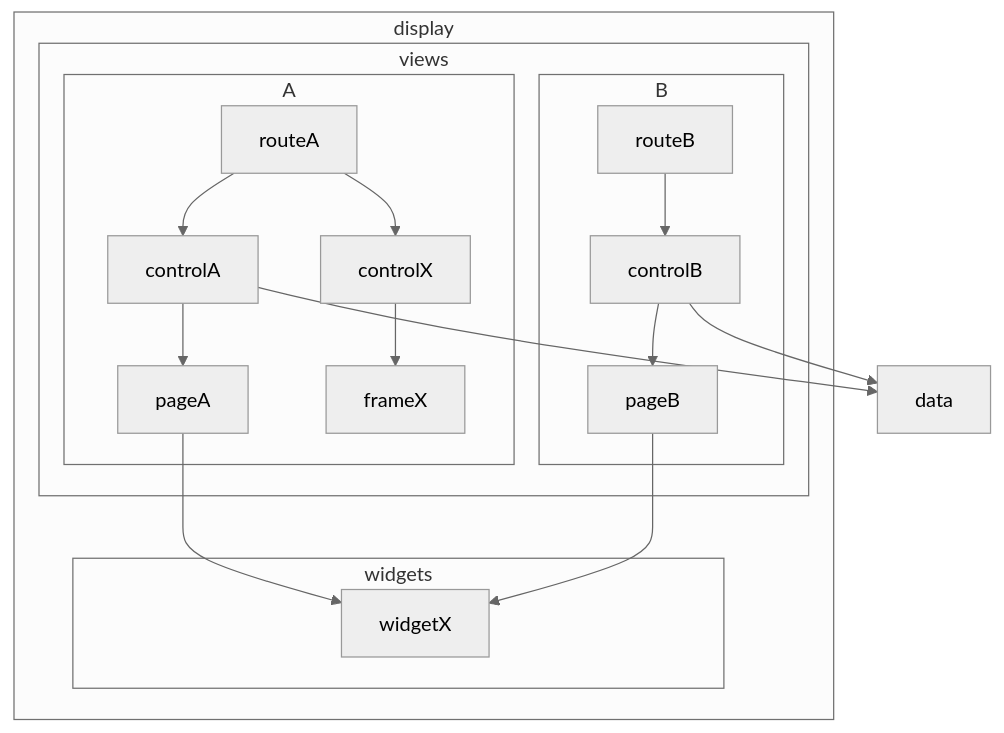
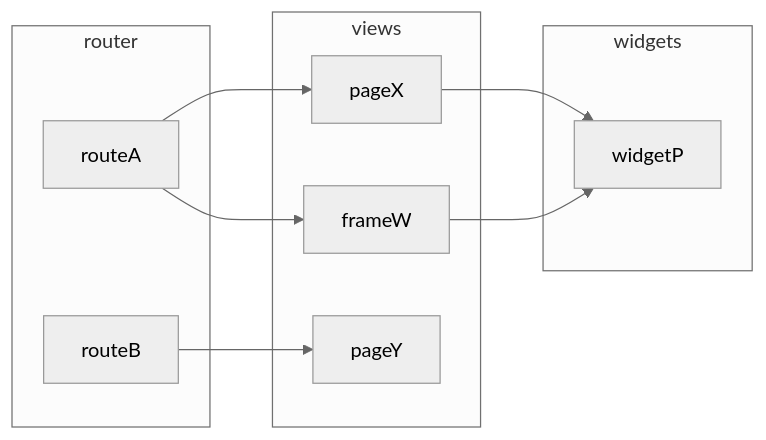
One commit to joaomelo/calystone changed the second of 2 diagrams in README.md. Above: the diagram before and after it, drawn with Mermaid (neutral theme). The commit also changed other lines of this file and 79 other files, not shown here.

````diff
--- a/README.md
+++ b/README.md
@@ -41,24 +41,20 @@
 ```mermaid
-graph TD;
-  subgraph display
-    subgraph views
-      subgraph A
-        routeA-->controlA;
-        routeA-->controlX;
-        controlA-->pageA;
-        controlX-->frameX;
-      end
-      subgraph B
-        routeB-->controlB;
-        controlB-->pageB;
-      end      
-    end
-    subgraph widgets
-      widgetX;
-    end
+graph LR;
+  subgraph router
+    routeA;
+    routeB;
   end
-  controlA-->data;
-  controlB-->data;
-  pageA-->widgetX;
-  pageB-->widgetX;
+  subgraph views
+    pageX;
+    pageY;
+    frameW;
+  end
+  subgraph widgets
+    widgetP;
+  end
+  routeA --> pageX
+  routeA --> frameW
+  routeB --> pageY
+  pageX --> widgetP
+  frameW --> widgetP
 ```
````
